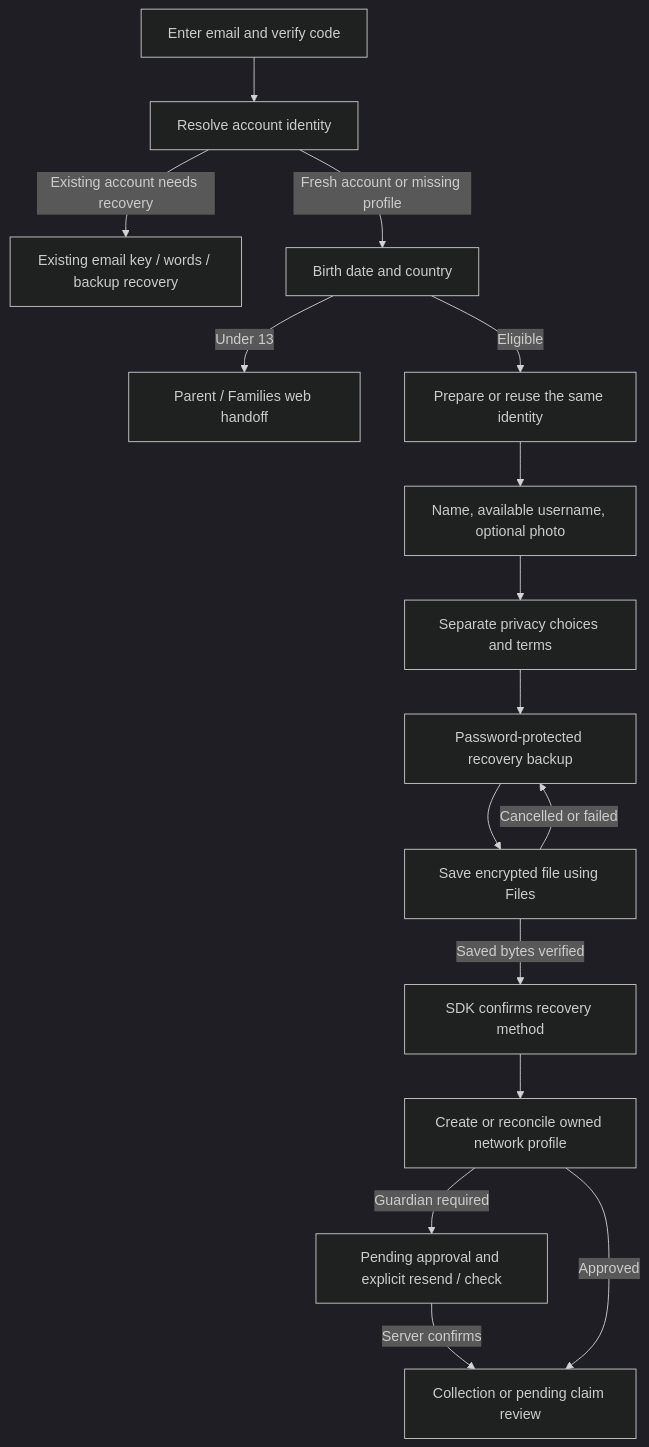
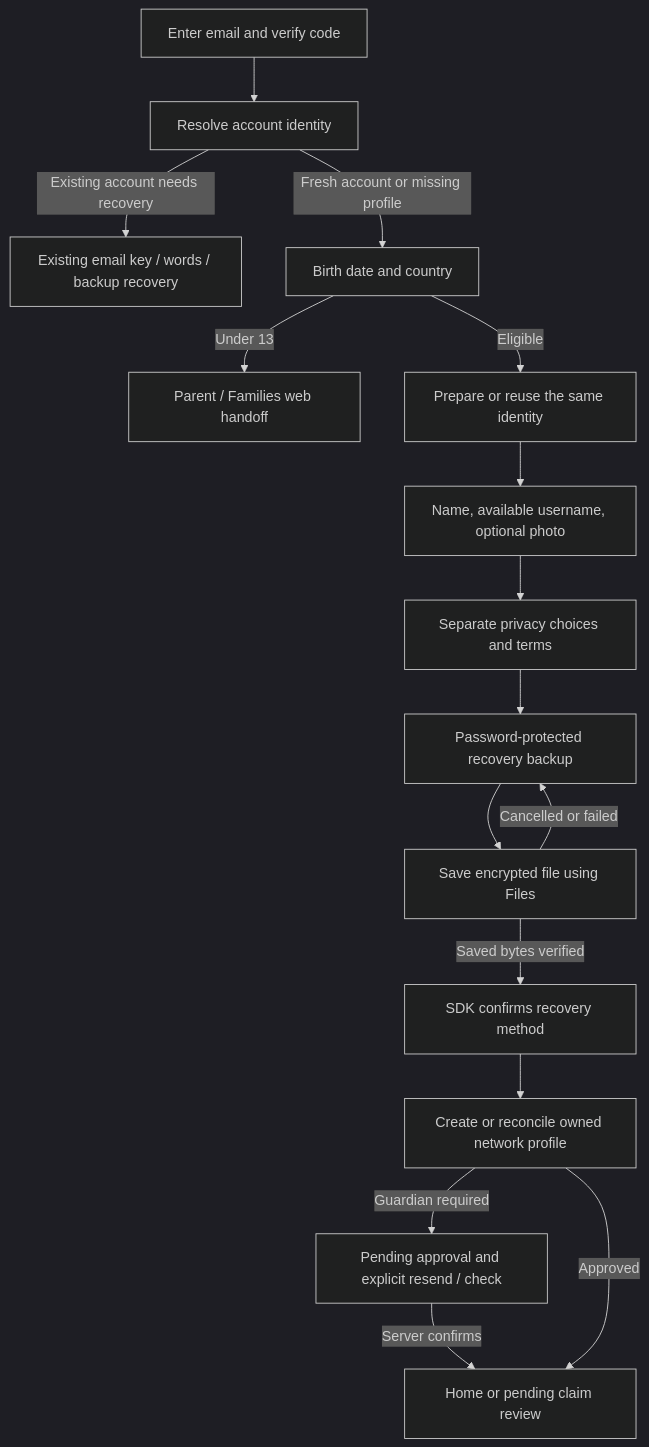
Before and after one commit to learningeconomy/LearnCard: the diagram in apps/learncard-native/FIRST_TIME_SETUP.md, drawn with Mermaid (dark theme). The commit also changed other lines of this file and 31 other files, not shown here.

````diff
--- a/apps/learncard-native/FIRST_TIME_SETUP.md
+++ b/apps/learncard-native/FIRST_TIME_SETUP.md
@@ -7,18 +7,18 @@
 ```mermaid
 flowchart TD
     Email[Enter email and verify code] --> Resolve[Resolve account identity]
     Resolve -->|Existing account needs recovery| Recover[Existing email key / words / backup recovery]
     Resolve -->|Fresh account or missing profile| Age[Birth date and country]
     Age -->|Under 13| Family[Parent / Families web handoff]
     Age -->|Eligible| Identity[Prepare or reuse the same identity]
     Identity --> Profile[Name, available username, optional photo]
     Profile --> Choices[Separate privacy choices and terms]
     Choices --> Backup[Password-protected recovery backup]
     Backup --> Export[Save encrypted file using Files]
     Export -->|Cancelled or failed| Backup
     Export -->|Saved bytes verified| Confirm[SDK confirms recovery method]
     Confirm --> Create[Create or reconcile owned network profile]
     Create -->|Guardian required| Pending[Pending approval and explicit resend / check]
-    Pending -->|Server confirms| Collection
-    Create -->|Approved| Collection[Collection or pending claim review]
+    Pending -->|Server confirms| Home
+    Create -->|Approved| Home[Home or pending claim review]
 ```
````
